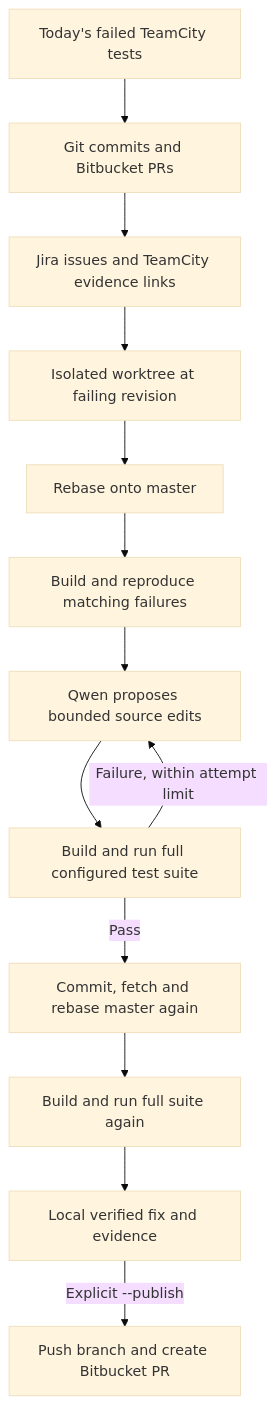
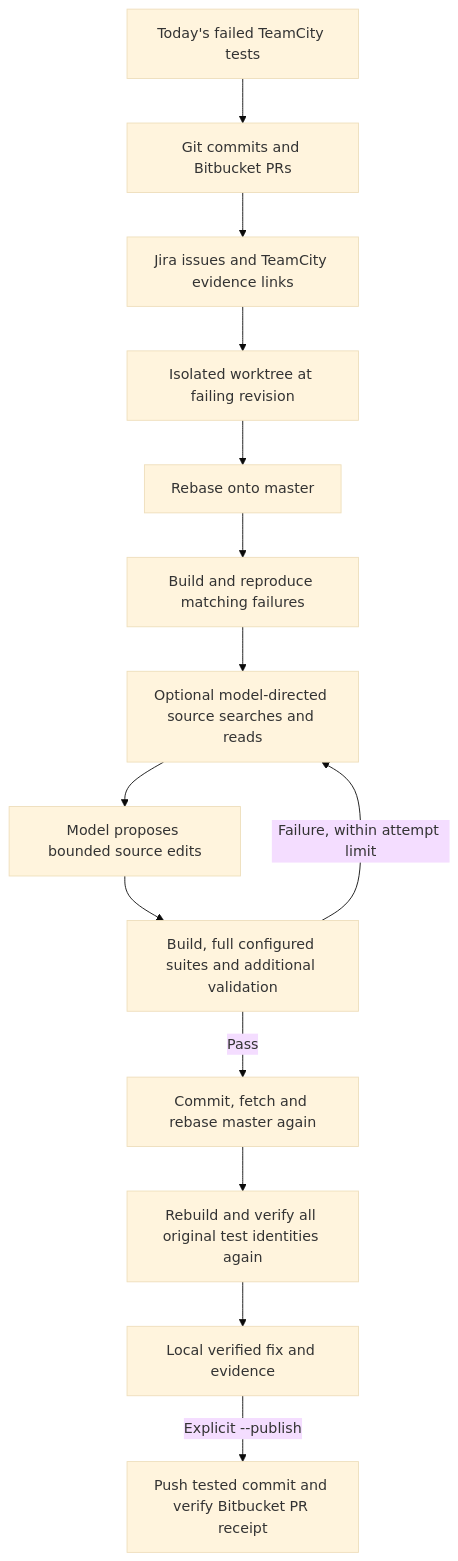
Before and after one commit to Nielk74/auto-fix: the diagram in README.md, drawn with Mermaid (base theme). The commit also changed other lines of this file and 39 other files, not shown here.

Commit message:
Add bounded investigation and measured native validation with audited Luna evaluation tools

````diff
--- a/README.md
+++ b/README.md
@@ -9,15 +9,16 @@
 ```mermaid
 flowchart TD
     A[Today's failed TeamCity tests] --> B[Git commits and Bitbucket PRs]
     B --> C[Jira issues and TeamCity evidence links]
     C --> D[Isolated worktree at failing revision]
     D --> E[Rebase onto master]
     E --> F[Build and reproduce matching failures]
-    F --> G[Qwen proposes bounded source edits]
-    G --> H[Build and run full configured test suite]
-    H -->|Failure, within attempt limit| G
+    F --> R[Optional model-directed source searches and reads]
+    R --> G[Model proposes bounded source edits]
+    G --> H[Build, full configured suites and additional validation]
+    H -->|Failure, within attempt limit| R
     H -->|Pass| I[Commit, fetch and rebase master again]
-    I --> J[Build and run full suite again]
+    I --> J[Rebuild and verify all original test identities again]
     J --> K[Local verified fix and evidence]
-    K -->|Explicit --publish| L[Push branch and create Bitbucket PR]
+    K -->|Explicit --publish| L[Push tested commit and verify Bitbucket PR receipt]
 ```
````
